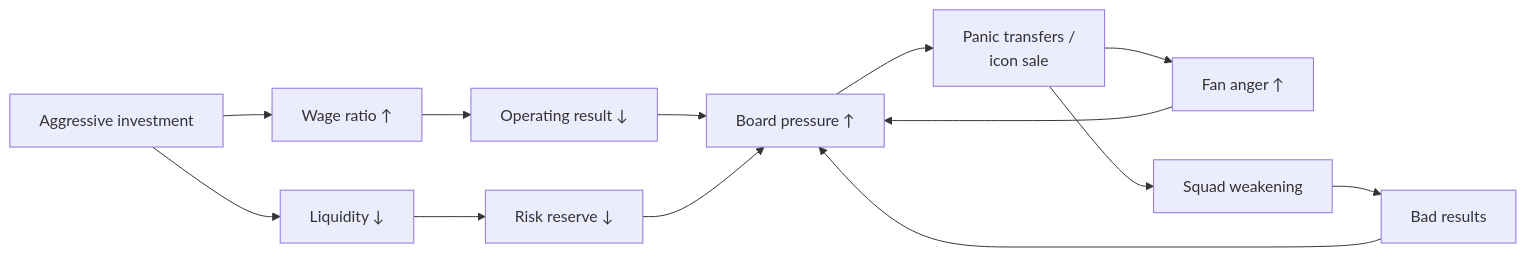
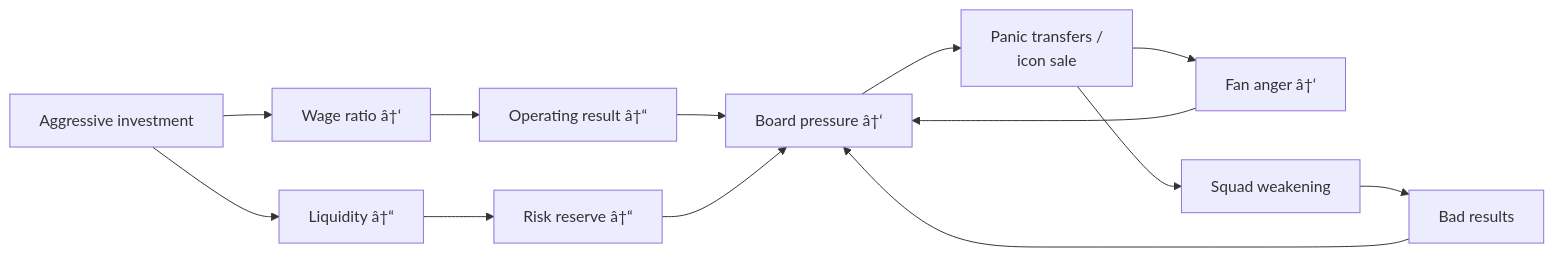
The fifth of 5 diagrams in docs/50-Game-Design/system-interplay.md (EtroxTaran/klubhaus-elf), drawn with Mermaid before and after one commit. The commit also changed other lines of this file and 74 other files, not shown here.

````diff
--- a/docs/50-Game-Design/system-interplay.md
+++ b/docs/50-Game-Design/system-interplay.md
@@ -107,15 +107,15 @@
 ```mermaid
 flowchart LR
-    Invest["Aggressive investment"] --> Liquidity["Liquidity ↓"]
-    Liquidity --> Risk["Risk reserve ↓"]
-    Invest --> Wage["Wage ratio ↑"]
-    Wage --> Operating["Operating result ↓"]
-    Operating --> Pressure["Board pressure ↑"]
+    Invest["Aggressive investment"] --> Liquidity["Liquidity â†“"]
+    Liquidity --> Risk["Risk reserve â†“"]
+    Invest --> Wage["Wage ratio â†‘"]
+    Wage --> Operating["Operating result â†“"]
+    Operating --> Pressure["Board pressure â†‘"]
     Risk --> Pressure
     Pressure --> Panic["Panic transfers /<br/>icon sale"]
-    Panic --> Fans["Fan anger ↑"]
+    Panic --> Fans["Fan anger â†‘"]
     Panic --> Squad["Squad weakening"]
     Squad --> Sport["Bad results"]
     Sport --> Pressure
     Fans --> Pressure
 ```
````
